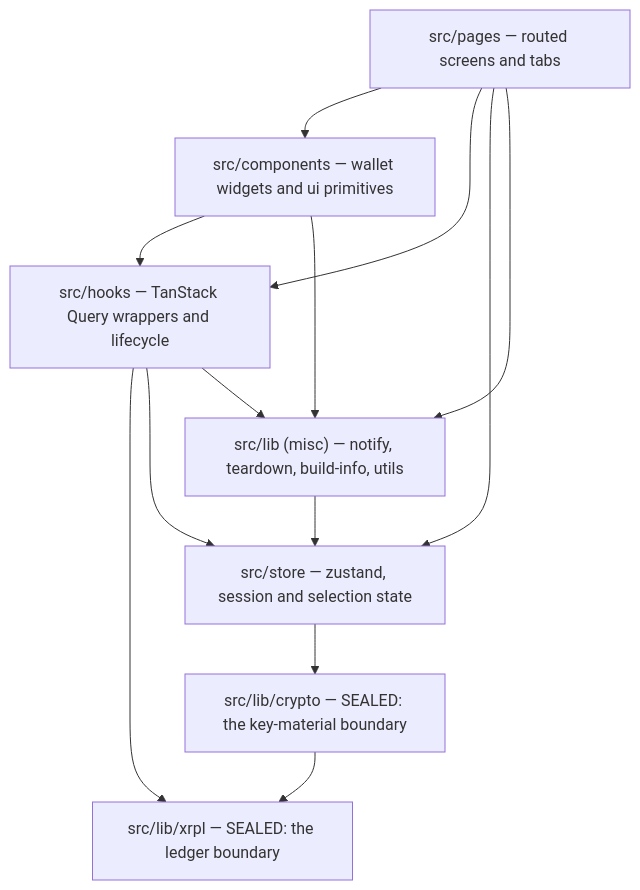
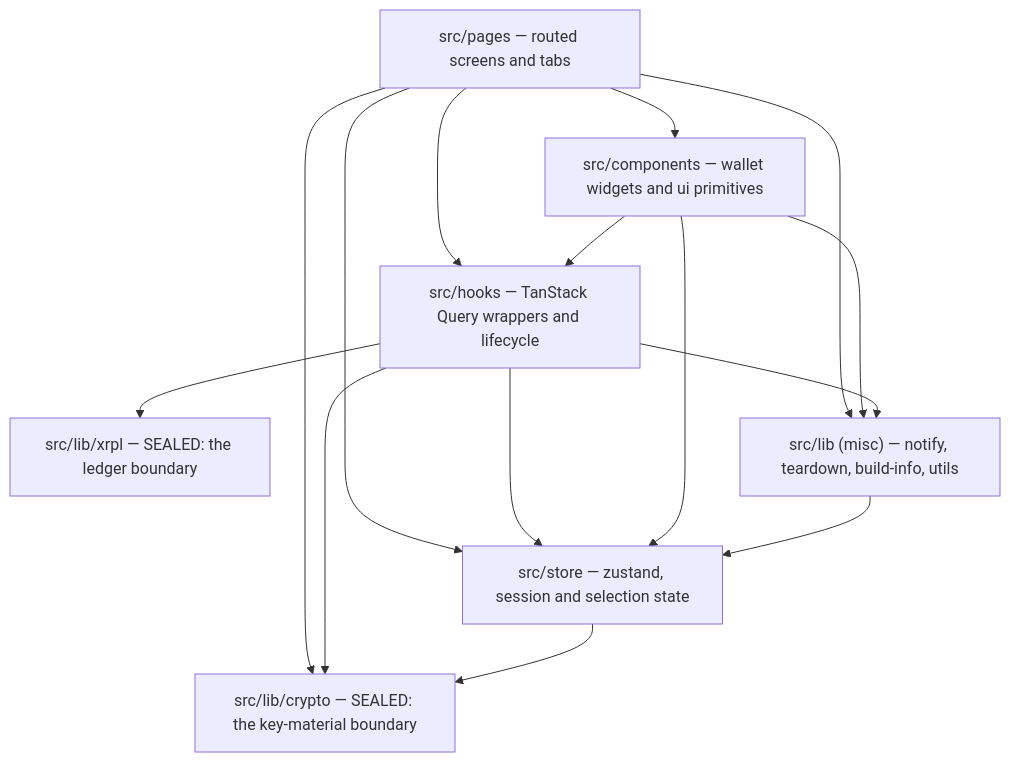
One commit to otaviootavio/xrpl-bench changed the diagram in _bmad-output/planning-artifacts/architecture/architecture-xrpl-wallet-2026-09-12/ARCHITECTURE-SPINE.md. Above: the diagram before and after it, drawn with Mermaid. The commit also changed other lines of this file and 29 other files, not shown here.

````diff
--- a/_bmad-output/planning-artifacts/architecture/architecture-xrpl-wallet-2026-09-12/ARCHITECTURE-SPINE.md
+++ b/_bmad-output/planning-artifacts/architecture/architecture-xrpl-wallet-2026-09-12/ARCHITECTURE-SPINE.md
@@ -48,23 +52,25 @@
 ```mermaid
 graph TD
   pages["src/pages — routed screens and tabs"]
   comp["src/components — wallet widgets and ui primitives"]
   hooks["src/hooks — TanStack Query wrappers and lifecycle"]
   store["src/store — zustand, session and selection state"]
   ledger["src/lib/xrpl — SEALED: the ledger boundary"]
   crypto["src/lib/crypto — SEALED: the key-material boundary"]
   shared["src/lib (misc) — notify, teardown, build-info, utils"]
 
   pages --> comp
   pages --> hooks
   pages --> store
   pages --> shared
   comp --> hooks
   comp --> shared
   hooks --> ledger
   hooks --> store
   hooks --> shared
+  pages --> crypto
+  comp --> store
+  hooks --> crypto
   store --> crypto
   shared --> store
-  crypto --> ledger
 ```
````
